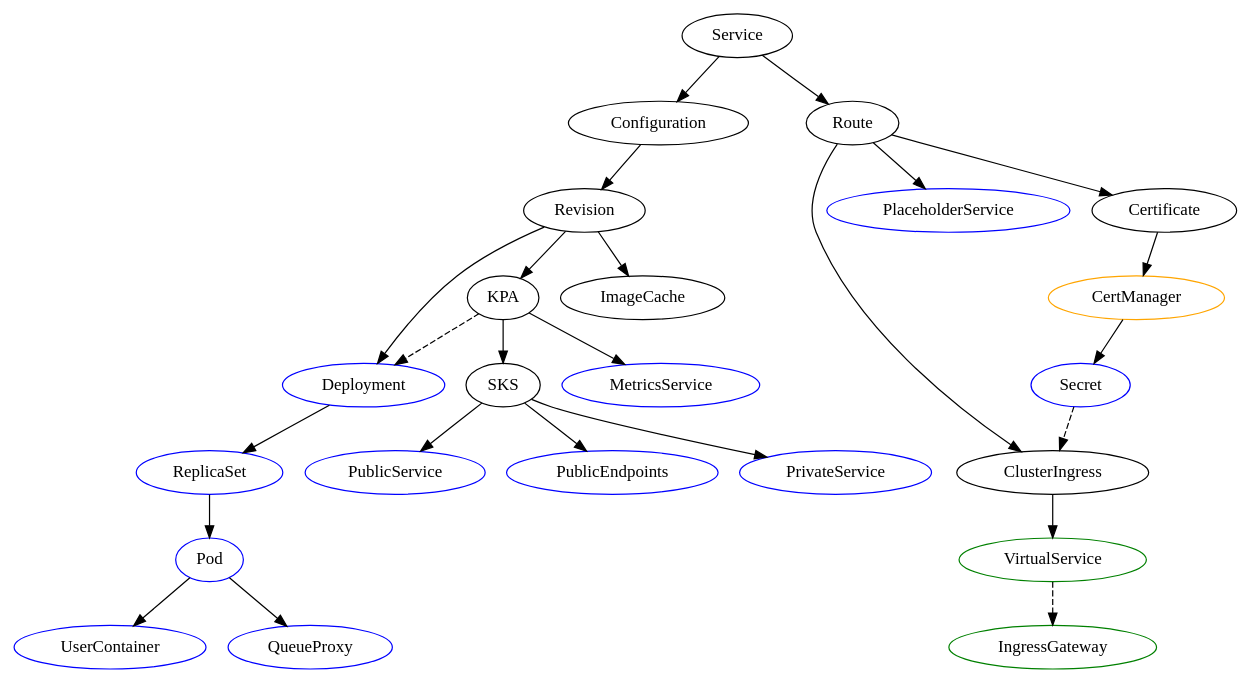
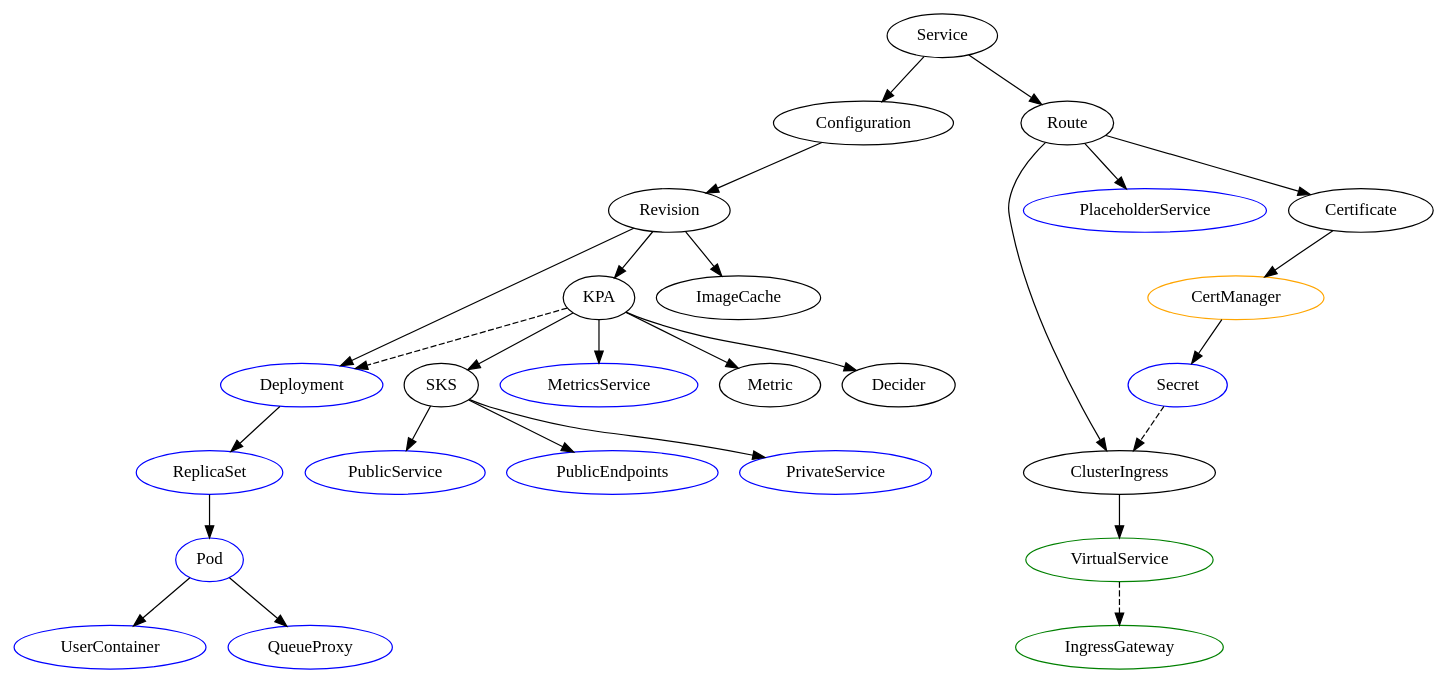
Before and after one commit to jonjohnsonjr/graphviz: the diagram in src/creation.dot, drawn with Graphviz. The commit also changed 3 other files, not shown here.

```diff
--- a/src/creation.dot
+++ b/src/creation.dot
@@ -1,59 +1,63 @@
 digraph CreationGraph {
   Service -> Configuration
   Service -> Route
 
   Revision -> Deployment
   Revision -> KPA
   Revision -> ImageCache
 
   KPA -> SKS
   KPA -> MetricsService
   KPA -> Deployment [style=dashed]
+
+  // Pseudo-resources
+  KPA -> Metric
+  KPA -> Decider
 
   Route -> ClusterIngress
   Route -> PlaceholderService
   Route -> Certificate
 
   Certificate -> CertManager
 
   CertManager -> Secret
 
   Secret -> ClusterIngress [style=dashed]
 
   ClusterIngress -> VirtualService
 
   Configuration -> Revision
 
   SKS -> PublicService
   SKS -> PublicEndpoints
   SKS -> PrivateService
 
   Deployment -> ReplicaSet
 
   ReplicaSet -> Pod
 
   Pod -> UserContainer
   Pod -> QueueProxy
 
   VirtualService -> IngressGateway [style=dashed]
 
   // Kubernetes
   Deployment [color=blue]
   ReplicaSet [color=blue]
   Pod [color=blue]
   PublicService [color=blue]
   PublicEndpoints [color=blue]
   PrivateService [color=blue]
   MetricsService [color=blue]
   PlaceholderService [color=blue]
   Secret [color=blue]
   QueueProxy [color=blue]
   UserContainer [color=blue]
 
   // Istio
   VirtualService [color=green]
   IngressGateway [color=green]
 
   // CertManager
   CertManager [color=orange]
 }
```
